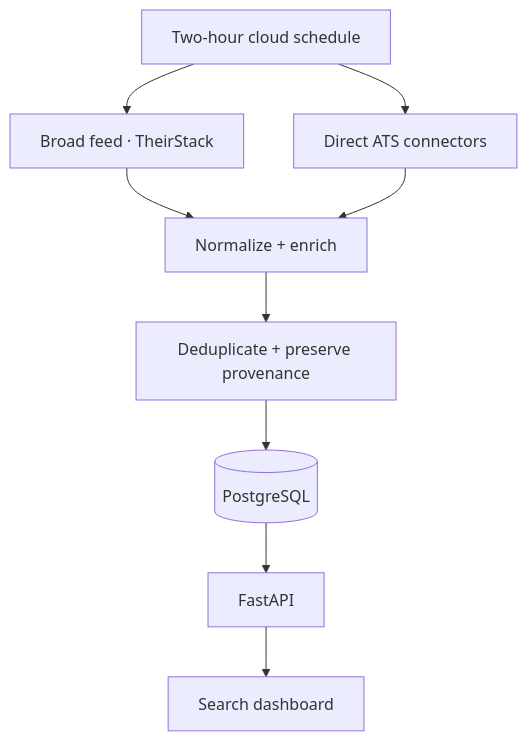
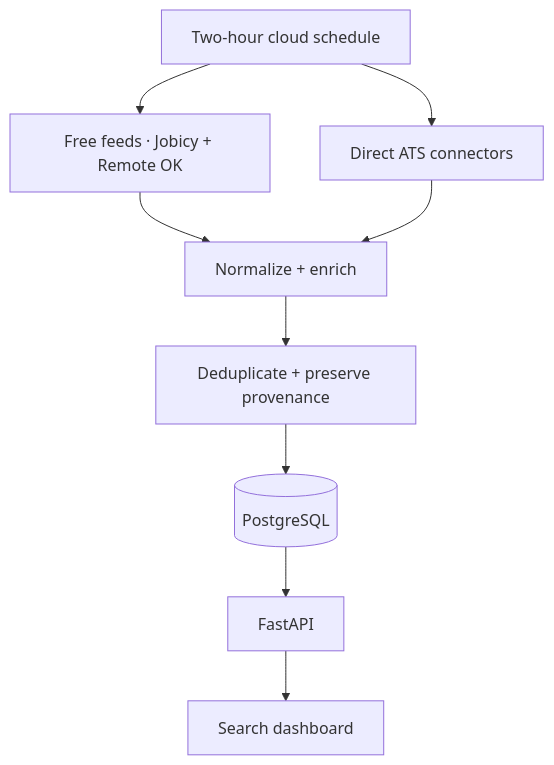
One commit to varunjose/JobsAggregator changed the diagram in README.md. Above: the diagram before and after it, drawn with Mermaid. The commit also changed other lines of this file and 11 other files, not shown here.

````diff
--- a/README.md
+++ b/README.md
@@ -34,11 +37,11 @@
 ```mermaid
 flowchart TD
-    A["Broad feed · TheirStack"] --> N["Normalize + enrich"]
+    A["Free feeds · Jobicy + Remote OK"] --> N["Normalize + enrich"]
     B["Direct ATS connectors"] --> N
     N --> D["Deduplicate + preserve provenance"]
     D --> P[(PostgreSQL)]
     P --> API["FastAPI"]
     API --> UI["Search dashboard"]
     C["Two-hour cloud schedule"] --> A
     C --> B
 ```
````
